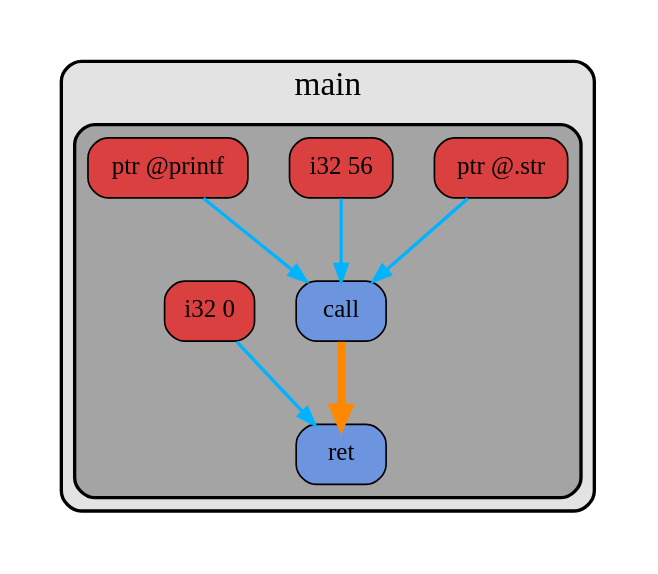
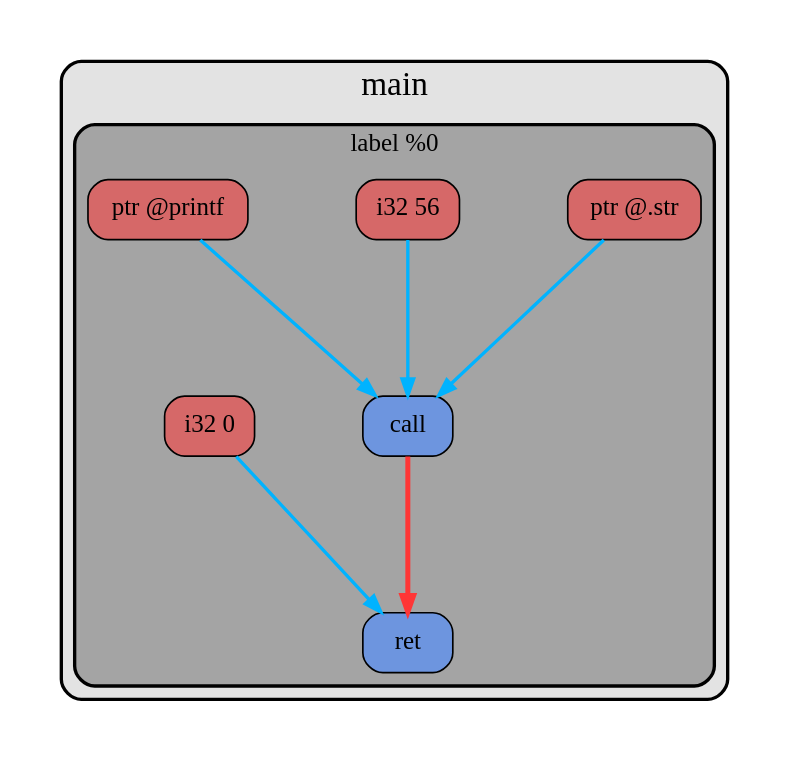
The diagram in examples/calc/dot/after_opt.dot (sevaphasol/llvm-ir-dumper), drawn with Graphviz before and after one commit. The commit also changed 45 other files, not shown here.

```diff
--- a/examples/calc/dot/after_opt.dot
+++ b/examples/calc/dot/after_opt.dot
@@ -1,46 +1,46 @@
 digraph "examples/calc/calc.c" {
-  graph [pad=0.3, rankdir=UB, compound=true, overlap=false, nodesep=0.35, ranksep=0.7, splines=true];
+  graph [pad=0.3, rankdir=TB, compound=true, overlap=false, nodesep=0.9, ranksep=1.3, splines=true];
   node [fontname="SF Pro Text Bold 10", fontsize=15];
   edge [fontname="SF Pro Text Bold 10", fontsize=15];
 subgraph cluster_func_1 {
   shape="box";
   style="rounded, filled";
   fillcolor="#e3e3e3";
   color="#000000";
   penwidth=2;
   fontsize=20;
   fontname="SF Pro Text Bold 10";
   label="main";
   subgraph cluster_func_1_bb_1 {
     shape="box";
     style="rounded, filled";
     fillcolor="#a4a4a4";
     color="#000000";
     penwidth=2;
-    fontsize=0;
-    fontname="";
-    label="";
-    n0x645f14ddd730 [shape="box", style="rounded, filled", fillcolor="#6d95df", color="#000000", fontcolor="#000000", label="call"];
-    n0x645f14d572d0 [shape="box", style="rounded, filled", fillcolor="#6d95df", color="#000000", fontcolor="#000000", label="ret"];
-    u0x645f14ddd6d0 [shape="box", style="rounded, filled", fillcolor="#db4040", color="#000000", fontcolor="#000000", label="ptr @.str"];
-    u0x645f14ddd6f0 [shape="box", style="rounded, filled", fillcolor="#db4040", color="#000000", fontcolor="#000000", label="i32 56"];
-    u0x645f14ddd710 [shape="box", style="rounded, filled", fillcolor="#db4040", color="#000000", fontcolor="#000000", label="ptr @printf"];
-    u0x645f14d572b0 [shape="box", style="rounded, filled", fillcolor="#db4040", color="#000000", fontcolor="#000000", label="i32 0"];
+    fontsize=15;
+    fontname="SF Pro Text Bold 10";
+    label="label %0";
+    n0x557bec3a83f0 [shape="box", style="rounded, filled", fillcolor="#6d95df", color="#000000", fontcolor="#000000", label="call"];
+    n0x557bec339110 [shape="box", style="rounded, filled", fillcolor="#6d95df", color="#000000", fontcolor="#000000", label="ret"];
+    u0x557bec3a8390 [shape="box", style="rounded, filled", fillcolor="#d66868", color="#000000", fontcolor="#000000", label="ptr @.str"];
+    u0x557bec3a83b0 [shape="box", style="rounded, filled", fillcolor="#d66868", color="#000000", fontcolor="#000000", label="i32 56"];
+    u0x557bec3a83d0 [shape="box", style="rounded, filled", fillcolor="#d66868", color="#000000", fontcolor="#000000", label="ptr @printf"];
+    u0x557bec3390f0 [shape="box", style="rounded, filled", fillcolor="#d66868", color="#000000", fontcolor="#000000", label="i32 0"];
   }
 }
 subgraph cluster_func_2 {
   shape="box";
   style="rounded, filled";
   fillcolor="#e3e3e3";
   color="#000000";
   penwidth=2;
   fontsize=20;
   fontname="SF Pro Text Bold 10";
   label="printf";
 }
-n0x645f14ddd730 -> n0x645f14d572d0 [color="#ff8800", weight=10000, penwidth=5];
-u0x645f14ddd6d0 -> n0x645f14ddd730 [color="#00b3ff", weight=1, penwidth=2];
-u0x645f14ddd6f0 -> n0x645f14ddd730 [color="#00b3ff", weight=1, penwidth=2];
-u0x645f14ddd710 -> n0x645f14ddd730 [color="#00b3ff", weight=1, penwidth=2];
-u0x645f14d572b0 -> n0x645f14d572d0 [color="#00b3ff", weight=1, penwidth=2];
+n0x557bec3a83f0 -> n0x557bec339110 [color="#ff3636", weight=1000, penwidth=3];
+u0x557bec3a8390 -> n0x557bec3a83f0 [color="#00b3ff", weight=1, penwidth=2];
+u0x557bec3a83b0 -> n0x557bec3a83f0 [color="#00b3ff", weight=1, penwidth=2];
+u0x557bec3a83d0 -> n0x557bec3a83f0 [color="#00b3ff", weight=1, penwidth=2];
+u0x557bec3390f0 -> n0x557bec339110 [color="#00b3ff", weight=1, penwidth=2];
 }
```
